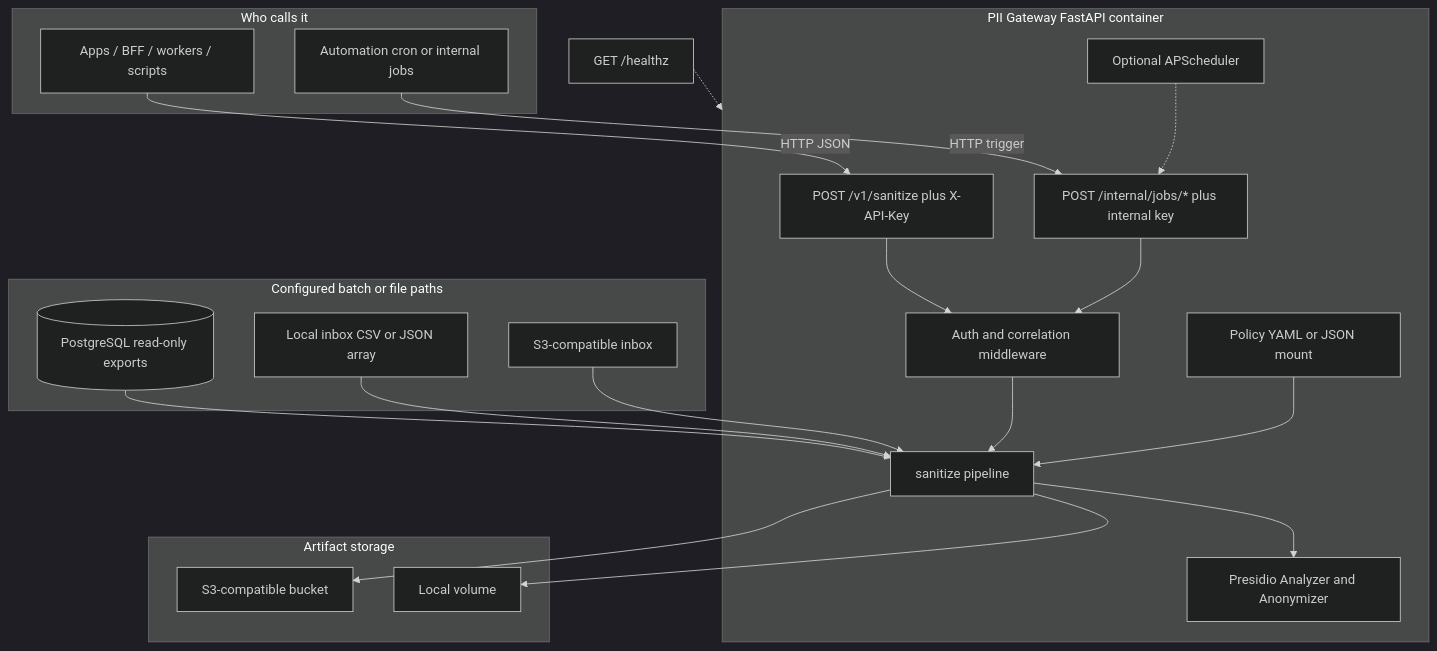
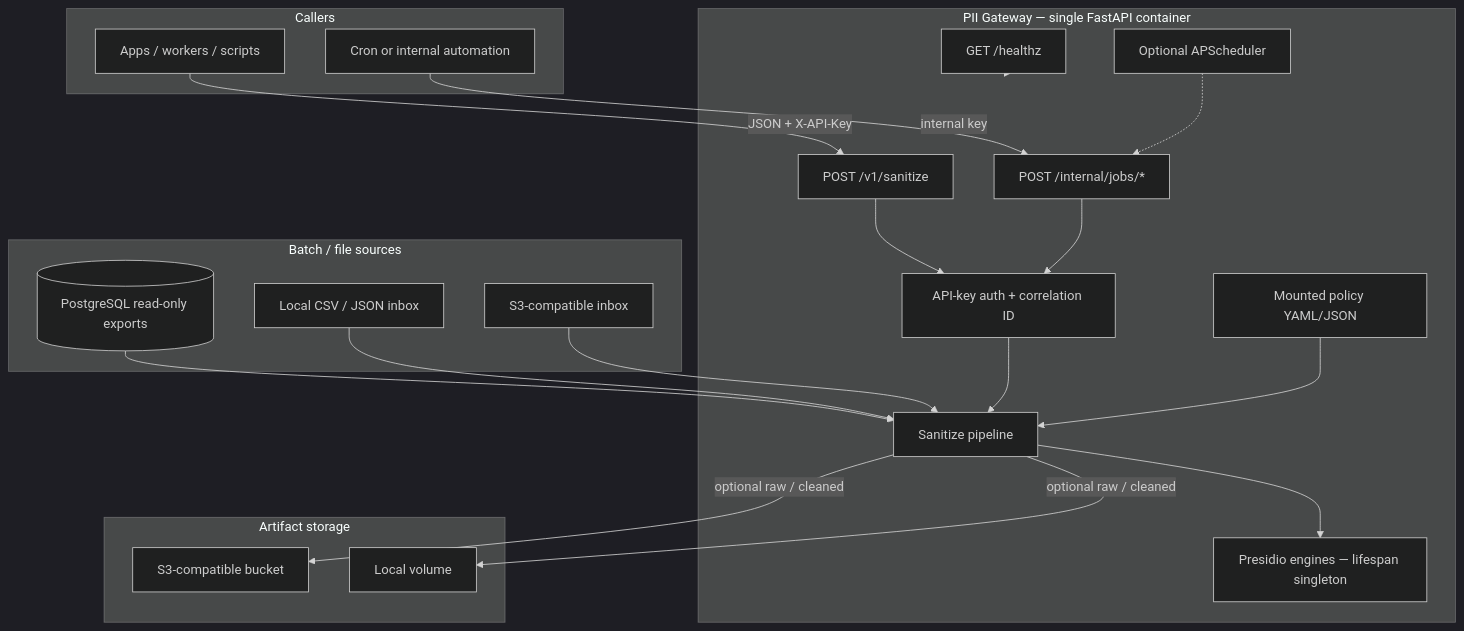
Before and after one commit to aryanjohari/pii-gateway: the diagram in docs/architecture.mmd, drawn with Mermaid (dark theme). The commit also changed 5 other files, not shown here.

```diff
--- a/docs/architecture.mmd
+++ b/docs/architecture.mmd
@@ -1,47 +1,47 @@
-%% PII Gateway architecture (Mermaid source of truth)
+%% PII Gateway — portfolio / How it works diagram
+%% Canonical Mermaid source. Keep in sync with any embedded copy in docs.
 %% View: https://mermaid.live  |  local: open docs/view-architecture.html
-%% If you edit this file, update the mermaid block under "Architecture diagram" in PROJECT.md.
 
 flowchart TB
-  subgraph callers["Who calls it"]
-    C1[Apps / BFF / workers / scripts]
-    C2[Automation cron or internal jobs]
+  subgraph callers["Callers"]
+    APP[Apps / workers / scripts]
+    AUTO[Cron or internal automation]
   end
 
-  subgraph gw["PII Gateway FastAPI container"]
-    R1[POST /v1/sanitize plus X-API-Key]
-    R2[POST /internal/jobs/* plus internal key]
-    AUTH[Auth and correlation middleware]
-    PL[sanitize pipeline]
-    PR[Presidio Analyzer and Anonymizer]
-    POL[Policy YAML or JSON mount]
-    R1 --> AUTH
-    R2 --> AUTH
-    AUTH --> PL
-    POL --> PL
-    PL --> PR
+  subgraph gw["PII Gateway — single FastAPI container"]
+    SAN[POST /v1/sanitize]
+    JOBS[POST /internal/jobs/*]
+    HZ[GET /healthz]
+    AUTH[API-key auth + correlation ID]
+    POL[Mounted policy YAML/JSON]
+    PIPE[Sanitize pipeline]
+    PR[Presidio engines — lifespan singleton]
     SCH[Optional APScheduler]
-    SCH -.-> R2
+
+    SAN --> AUTH
+    JOBS --> AUTH
+    AUTH --> PIPE
+    POL --> PIPE
+    PIPE --> PR
+    SCH -.-> JOBS
   end
 
-  subgraph inbound["Configured batch or file paths"]
+  subgraph inbound["Batch / file sources"]
     PG[(PostgreSQL read-only exports)]
-    LOC[Local inbox CSV or JSON array]
+    LOC[Local CSV / JSON inbox]
     S3IN[S3-compatible inbox]
   end
 
-  subgraph outbound["Artifact storage"]
+  subgraph out["Artifact storage"]
     DISK[Local volume]
     S3OUT[S3-compatible bucket]
   end
 
-  C1 -->|HTTP JSON| R1
-  C2 -->|HTTP trigger| R2
-  PG --> PL
-  LOC --> PL
-  S3IN --> PL
-  PL --> DISK
-  PL --> S3OUT
-
-  HZ[GET /healthz]
+  APP -->|JSON + X-API-Key| SAN
+  AUTO -->|internal key| JOBS
+  PG --> PIPE
+  LOC --> PIPE
+  S3IN --> PIPE
+  PIPE -->|optional raw / cleaned| DISK
+  PIPE -->|optional raw / cleaned| S3OUT
   HZ -.-> gw
```
